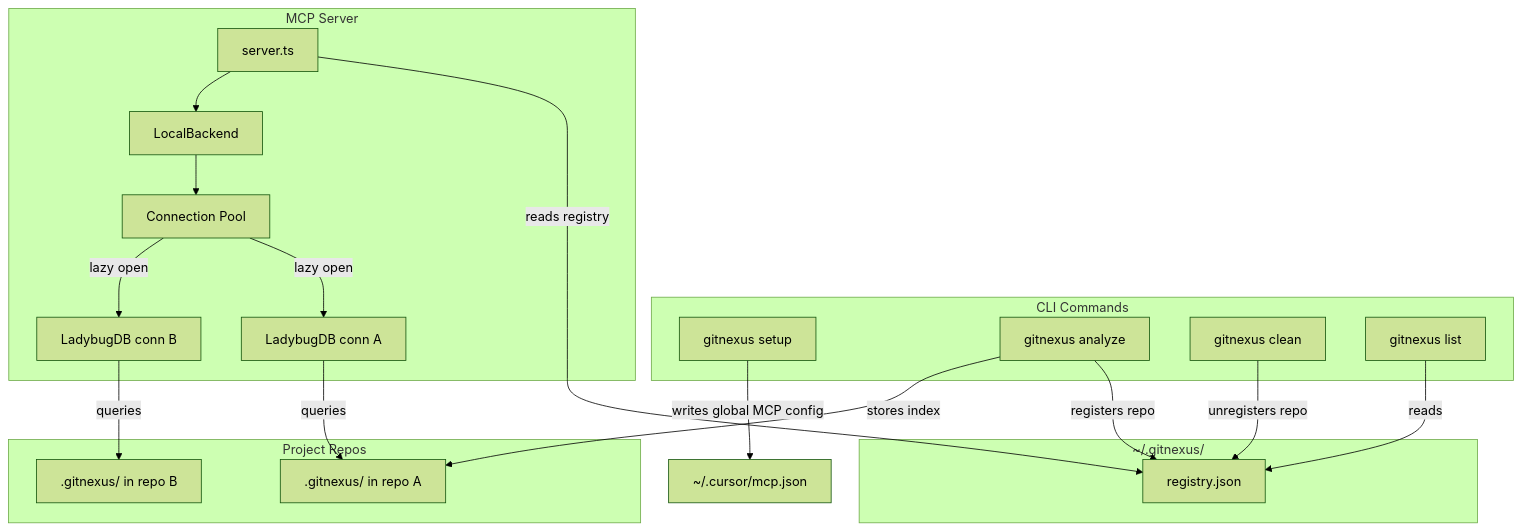
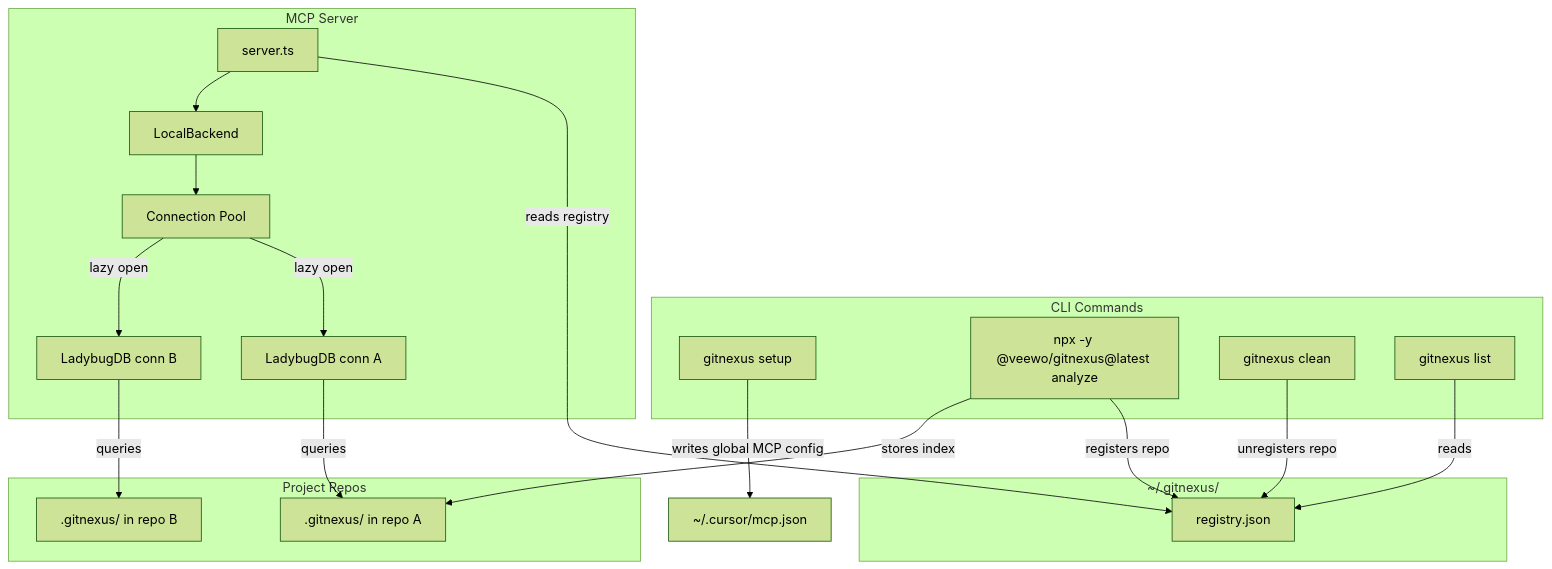
One commit to Ramtinhoss/GitNexus changed the first of 2 diagrams in README.md. Above: the diagram before and after it, drawn with Mermaid (forest theme). The commit also changed other lines of this file and 89 other files, not shown here.

Commit message:
chore(cli): standardize scoped @veewo/gitnexus commands across workflows

````diff
--- a/README.md
+++ b/README.md
@@ -214,39 +214,39 @@
 ```mermaid
 flowchart TD
     subgraph CLI [CLI Commands]
         Setup["gitnexus setup"]
-        Analyze["gitnexus analyze"]
+        Analyze["npx -y @veewo/gitnexus@latest analyze"]
         Clean["gitnexus clean"]
         List["gitnexus list"]
     end
 
     subgraph Registry ["~/.gitnexus/"]
         RegFile["registry.json"]
     end
 
     subgraph Repos [Project Repos]
         RepoA[".gitnexus/ in repo A"]
         RepoB[".gitnexus/ in repo B"]
     end
 
     subgraph MCP [MCP Server]
         Server["server.ts"]
         Backend["LocalBackend"]
         Pool["Connection Pool"]
         ConnA["LadybugDB conn A"]
         ConnB["LadybugDB conn B"]
     end
 
     Setup -->|"writes global MCP config"| CursorConfig["~/.cursor/mcp.json"]
     Analyze -->|"registers repo"| RegFile
     Analyze -->|"stores index"| RepoA
     Clean -->|"unregisters repo"| RegFile
     List -->|"reads"| RegFile
     Server -->|"reads registry"| RegFile
     Server --> Backend
     Backend --> Pool
     Pool -->|"lazy open"| ConnA
     Pool -->|"lazy open"| ConnB
     ConnA -->|"queries"| RepoA
     ConnB -->|"queries"| RepoB
 ```
````
